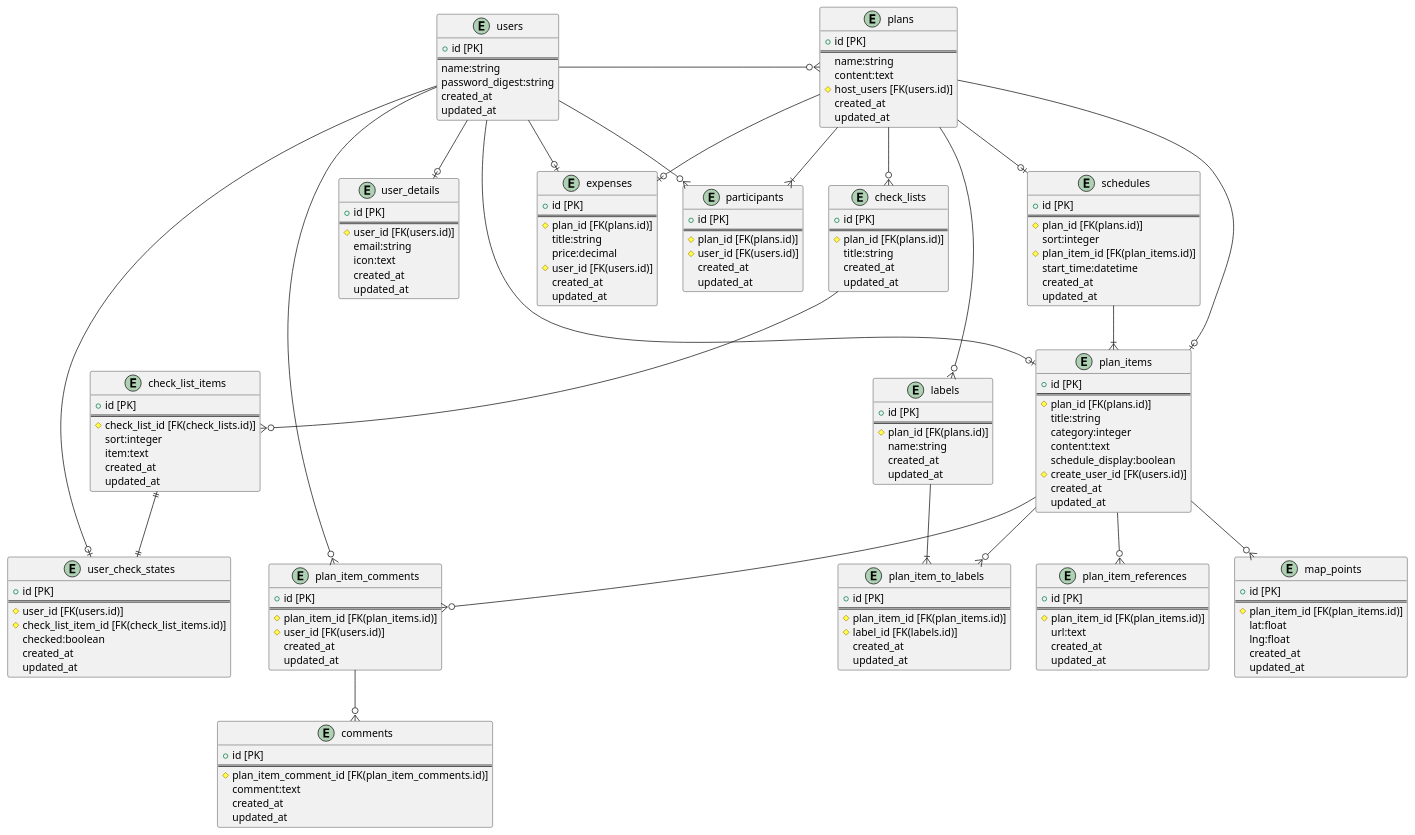
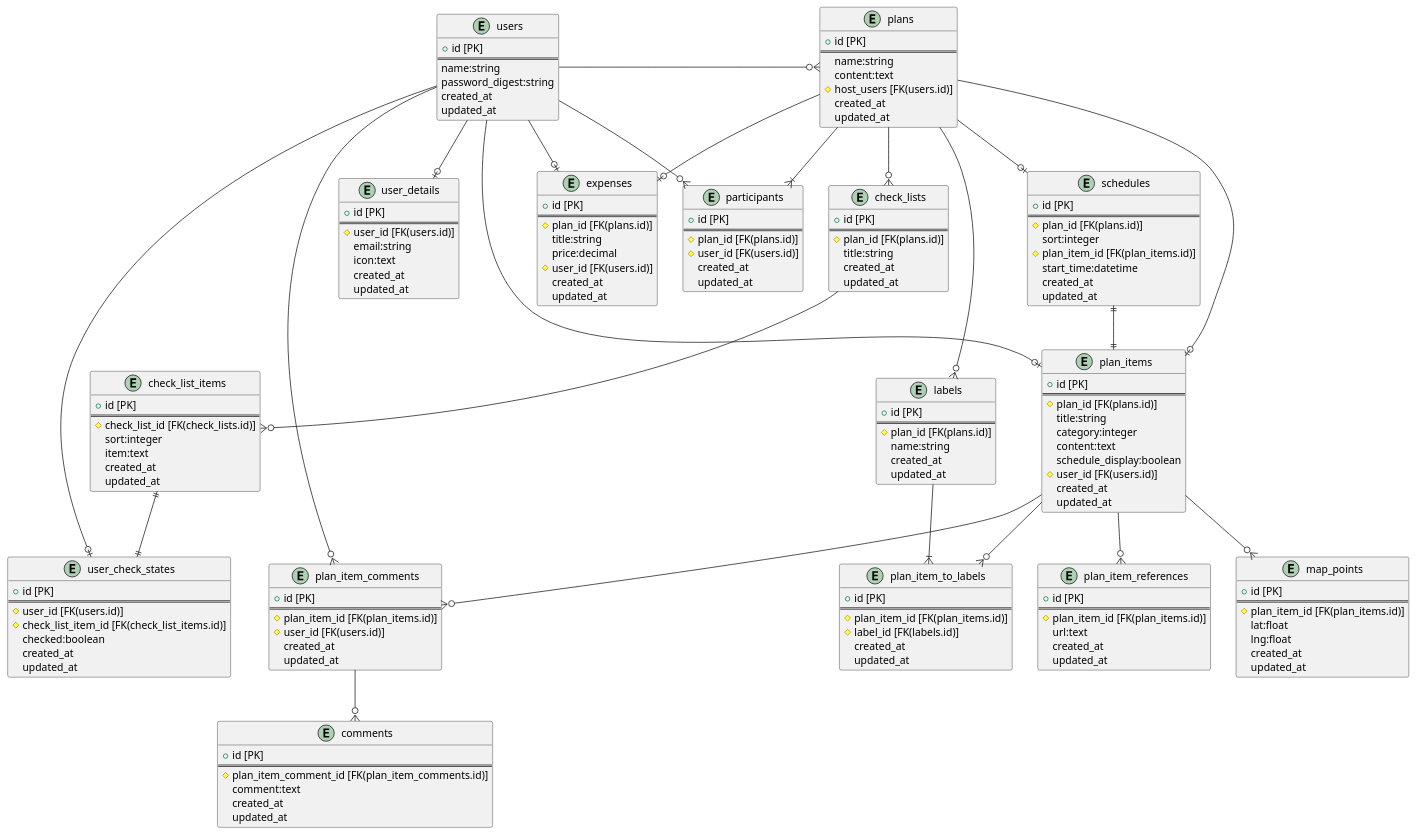
Before and after one commit to missyu3/our_trip_old: the diagram in doc/table.puml, drawn with PlantUML. The commit also changed 2 other files, not shown here.

```diff
--- a/doc/table.puml
+++ b/doc/table.puml
@@ -1,184 +1,184 @@
 @startuml EntityRelationship
 entity "users" {
     + id [PK]
     ==
     name:string
     password_digest:string
     created_at
     updated_at
 }
 
 entity "user_details" {
     + id [PK]
     ==
     # user_id [FK(users.id)]
     email:string
     icon:text
     created_at
     updated_at
 }
 
 entity "participants" {
     + id [PK]
     ==
     # plan_id [FK(plans.id)]
     # user_id [FK(users.id)]
     created_at
     updated_at
 }
 
 entity "plans" {
     + id [PK]
     ==
     name:string
     content:text
     # host_users [FK(users.id)]
     created_at
     updated_at
 }
 
 entity "schedules" {
     + id [PK]
     ==
     # plan_id [FK(plans.id)]
     sort:integer
     # plan_item_id [FK(plan_items.id)]
     start_time:datetime
     created_at
     updated_at
 }
 
 
 entity "plan_items" {
     + id [PK]
     ==
     # plan_id [FK(plans.id)]
     title:string
     category:integer
     content:text
     schedule_display:boolean
-    # create_user_id [FK(users.id)]
+    # user_id [FK(users.id)]
     created_at
     updated_at
 }
 
 entity "labels" {
     + id [PK]
     ==
     # plan_id [FK(plans.id)]
     name:string
     created_at
     updated_at
 }
 
 entity "plan_item_to_labels" {
     + id [PK]
     ==
     # plan_item_id [FK(plan_items.id)]
     # label_id [FK(labels.id)]
     created_at
     updated_at
 }
 
 entity "plan_item_references" {
     + id [PK]
     ==
     # plan_item_id [FK(plan_items.id)]
     url:text
     created_at
     updated_at
 }
 
 entity "map_points" {
     + id [PK]
     ==
     # plan_item_id [FK(plan_items.id)]
     lat:float
     lng:float
     created_at
     updated_at
 }
 
 entity "check_lists" {
     + id [PK]
     ==
     # plan_id [FK(plans.id)]
     title:string
     created_at
     updated_at
 }
 
 entity "check_list_items" {
     + id [PK] 
     ==
     # check_list_id [FK(check_lists.id)]
     sort:integer
     item:text
     created_at
     updated_at
 }
 
 entity "user_check_states" {
     + id [PK]
     ==
     # user_id [FK(users.id)]
     # check_list_item_id [FK(check_list_items.id)]
     checked:boolean
     created_at
     updated_at
 }
 
 entity "expenses" {
     + id [PK]
     ==
     # plan_id [FK(plans.id)]
     title:string
     price:decimal
     # user_id [FK(users.id)]
     created_at
     updated_at
 }
 
 entity "plan_item_comments" {
     + id [PK]
     ==
     # plan_item_id [FK(plan_items.id)]
     # user_id [FK(users.id)]
     created_at
     updated_at
 }
 
 entity "comments" {
     + id [PK]
     ==
     # plan_item_comment_id [FK(plan_item_comments.id)]
     comment:text
     created_at
     updated_at
 }
 
 
 users --o| user_details
 users --right--o{ plans
 users --o{ participants
 users --o| user_check_states
 users --o| plan_items
 users --o| expenses
 users --o{ plan_item_comments
 plans --o| schedules
 plans --o| expenses
 plans --o| plan_items
 plans --o{ labels
 plans --|{ participants
 plans --o{ check_lists
-schedules --|{ plan_items
+schedules ||--|| plan_items
 check_lists --o{ check_list_items
 check_list_items ||--|| user_check_states
 plan_items --o{ plan_item_comments
 plan_items --o{ plan_item_references
 plan_items --o{ map_points
 plan_items --o{ plan_item_to_labels
 labels --|{ plan_item_to_labels
 plan_item_comments --o{ comments
 
 @enduml
```
